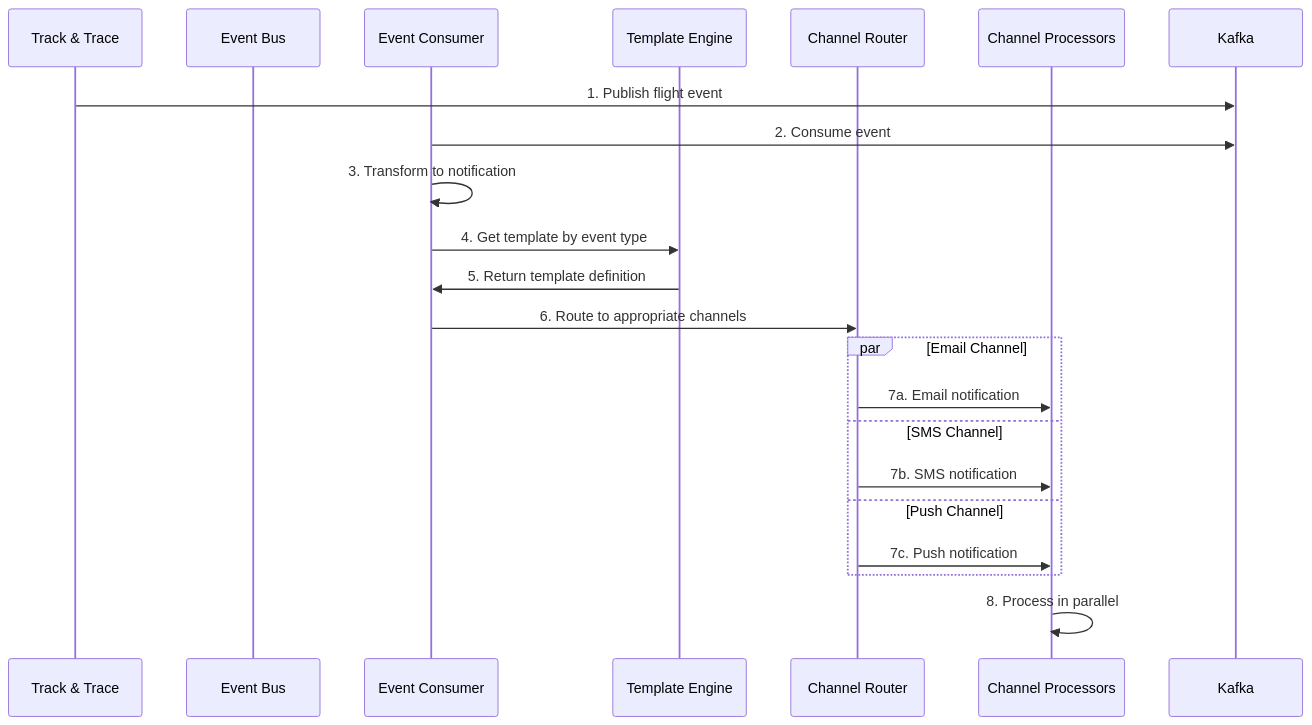
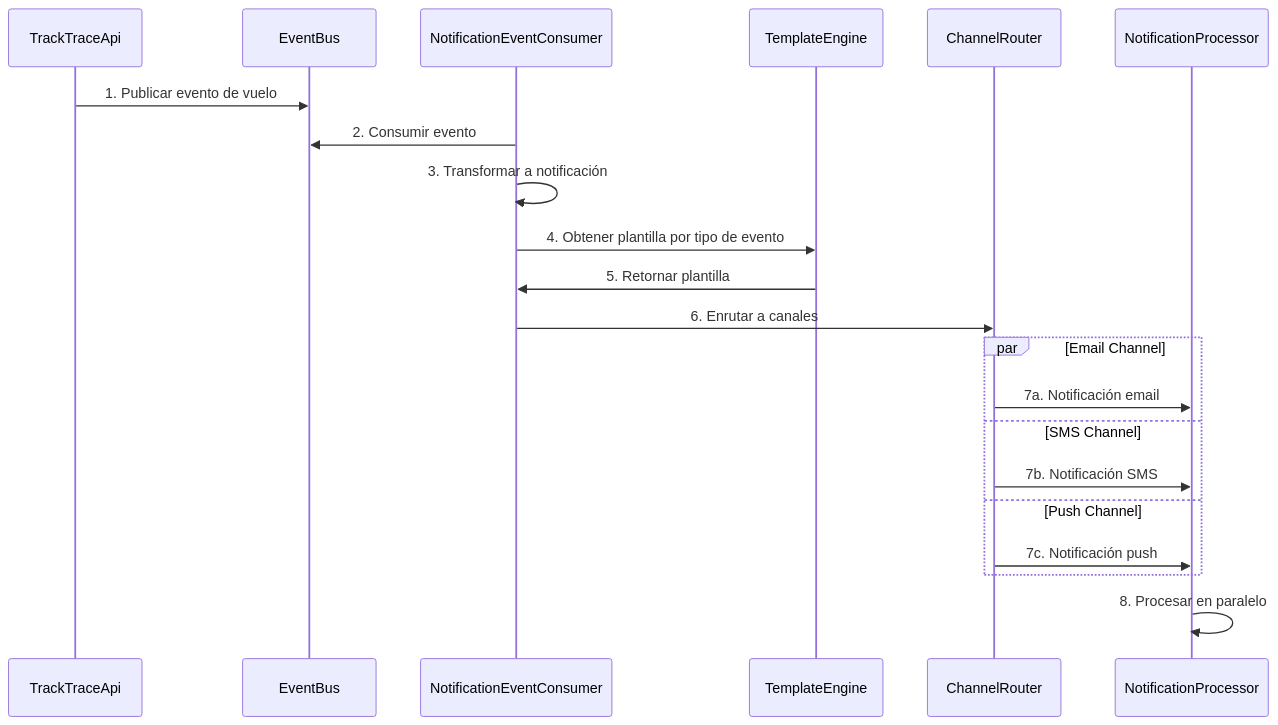
One commit to jclemente-tlm/tlm-arq-servicios-corporativos changed the second of 4 diagrams in docs/servicio-notificacion/06-vista-tiempo-ejecucion.md. Above: the diagram before and after it, drawn with Mermaid. The commit also changed other lines of this file and 37 other files, not shown here.

````diff
--- a/docs/servicio-notificacion/06-vista-tiempo-ejecucion.md
+++ b/docs/servicio-notificacion/06-vista-tiempo-ejecucion.md
@@ -93,26 +91,26 @@
 ```mermaid
 sequenceDiagram
-    participant TrackTrace as Track & Trace
-    participant EventBus as Event Bus
-    participant EventConsumer as Event Consumer
-    participant TemplateEngine as Template Engine
-    participant ChannelRouter as Channel Router
-    participant Processors as Channel Processors
+    participant TrackTraceApi as TrackTraceApi
+    participant EventBus as EventBus
+    participant NotificationEventConsumer as NotificationEventConsumer
+    participant TemplateEngine as TemplateEngine
+    participant ChannelRouter as ChannelRouter
+    participant NotificationProcessor as NotificationProcessor
 
-    TrackTrace->>Kafka: 1. Publish flight event
-    EventConsumer->>Kafka: 2. Consume event
-    EventConsumer->>EventConsumer: 3. Transform to notification
-    EventConsumer->>TemplateEngine: 4. Get template by event type
-    TemplateEngine->>EventConsumer: 5. Return template definition
-    EventConsumer->>ChannelRouter: 6. Route to appropriate channels
+    TrackTraceApi->>EventBus: 1. Publicar evento de vuelo
+    NotificationEventConsumer->>EventBus: 2. Consumir evento
+    NotificationEventConsumer->>NotificationEventConsumer: 3. Transformar a notificación
+    NotificationEventConsumer->>TemplateEngine: 4. Obtener plantilla por tipo de evento
+    TemplateEngine->>NotificationEventConsumer: 5. Retornar plantilla
+    NotificationEventConsumer->>ChannelRouter: 6. Enrutar a canales
 
     par Email Channel
-        ChannelRouter->>Processors: 7a. Email notification
+        ChannelRouter->>NotificationProcessor: 7a. Notificación email
     and SMS Channel
-        ChannelRouter->>Processors: 7b. SMS notification
+        ChannelRouter->>NotificationProcessor: 7b. Notificación SMS
     and Push Channel
-        ChannelRouter->>Processors: 7c. Push notification
+        ChannelRouter->>NotificationProcessor: 7c. Notificación push
     end
 
-    Processors->>Processors: 8. Process in parallel
+    NotificationProcessor->>NotificationProcessor: 8. Procesar en paralelo
 ```
````
